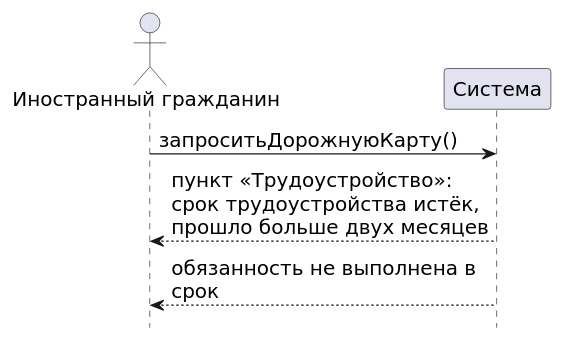
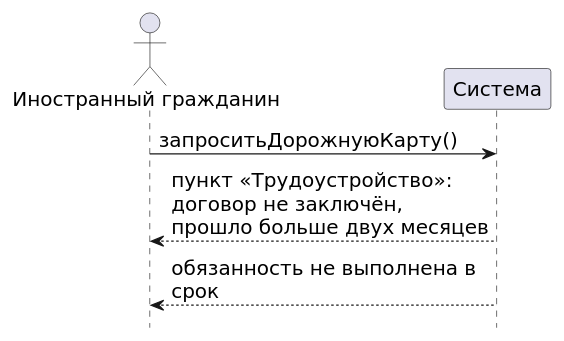
One commit to mflkee/study changed the diagram in tsu/5sem/Функциональное моделирование систем/документы/src/04-p2-alternativa-srok.puml. Above: the diagram before and after it, drawn with PlantUML. The commit also changed 8 other files, not shown here.

```diff
--- a/tsu/5sem/Функциональное моделирование систем/документы/src/04-p2-alternativa-srok.puml
+++ b/tsu/5sem/Функциональное моделирование систем/документы/src/04-p2-alternativa-srok.puml
@@ -1,13 +1,13 @@
 @startuml
 skinparam shadowing false
 skinparam defaultFontName "DejaVu Sans"
 skinparam defaultFontSize 16
 skinparam sequenceMessageAlign left
 skinparam maxMessageSize 260
 hide footbox
 actor "Иностранный гражданин" as IG
 participant "Система" as SYS
 IG -> SYS : запроситьДорожнуюКарту()
-SYS --> IG : пункт «Трудоустройство»:\nсрок трудоустройства истёк,\nпрошло больше двух месяцев
+SYS --> IG : пункт «Трудоустройство»:\nдоговор не заключён,\nпрошло больше двух месяцев
 SYS --> IG : обязанность не выполнена в срок
 @enduml
```
